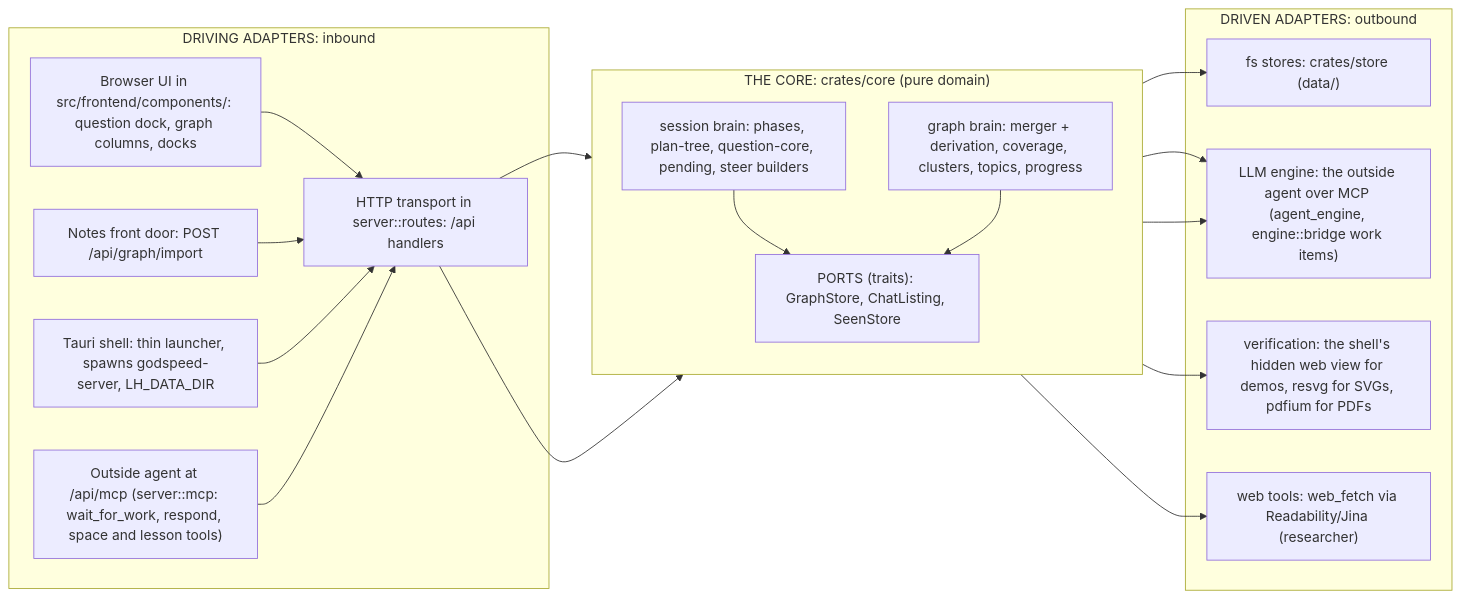
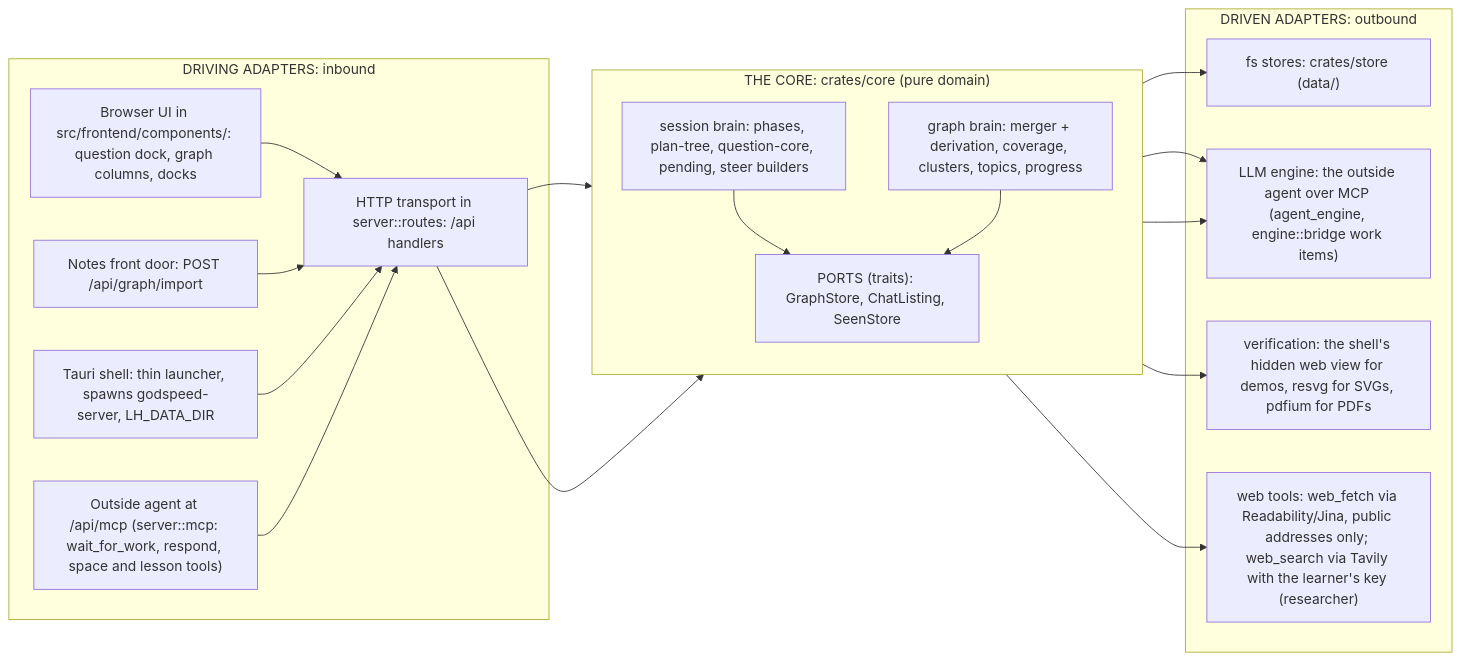
Before and after one commit to bayshores/godspeed: the second of 7 diagrams in docs/architecture.md, drawn with Mermaid. The commit also changed other lines of this file and 150 other files, not shown here.

First line of the commit message:
Open Claude Code opens a helper beside the teacher that reads files and builds the graph, a page being worked on gets a striped frame and a top bar chip, Settings shows both windows, and web search can use your own Tavily key

````diff
--- a/docs/architecture.md
+++ b/docs/architecture.md
@@ -178,38 +178,38 @@
 ```mermaid
 flowchart LR
     subgraph DRIVING["DRIVING ADAPTERS: inbound"]
         BROWSER["Browser UI in src/frontend/components/: question dock, graph columns, docks"]
         HTTP["HTTP transport in server::routes: /api handlers"]
         MCPIN["Outside agent at /api/mcp (server::mcp: wait_for_work, respond, space and lesson tools)"]
         NOTES["Notes front door: POST /api/graph/import"]
         TAURI["Tauri shell: thin launcher, spawns godspeed-server, LH_DATA_DIR"]
     end
 
     subgraph HEXCORE["THE CORE: crates/core (pure domain)"]
         direction TB
         SESS["session brain: phases, plan-tree, question-core, pending, steer builders"]
         GBRAIN["graph brain: merger + derivation, coverage, clusters, topics, progress"]
         PORTSBOX["PORTS (traits): GraphStore, ChatListing, SeenStore"]
     end
 
     subgraph DRIVEN["DRIVEN ADAPTERS: outbound"]
         FS["fs stores: crates/store (data/)"]
         LLM["LLM engine: the outside agent over MCP (agent_engine, engine::bridge work items)"]
         HEAD["verification: the shell's hidden web view for demos, resvg for SVGs, pdfium for PDFs"]
-        WEB["web tools: web_fetch via Readability/Jina (researcher)"]
+        WEB["web tools: web_fetch via Readability/Jina, public addresses only; web_search via Tavily with the learner's key (researcher)"]
     end
 
     BROWSER --> HTTP
     NOTES --> HTTP
     TAURI --> HTTP
     MCPIN --> HTTP
     HTTP --> SESS
     HTTP --> GBRAIN
     SESS --> PORTSBOX
     GBRAIN --> PORTSBOX
     PORTSBOX --> FS
     SESS --> LLM
     GBRAIN --> LLM
     SESS --> HEAD
     SESS --> WEB
 ```
````
